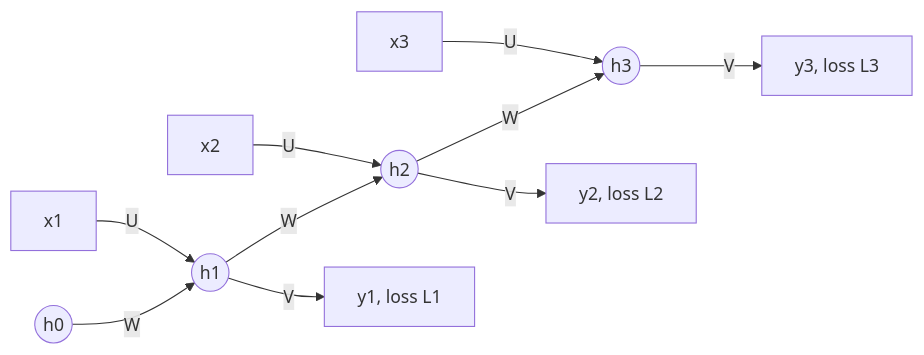
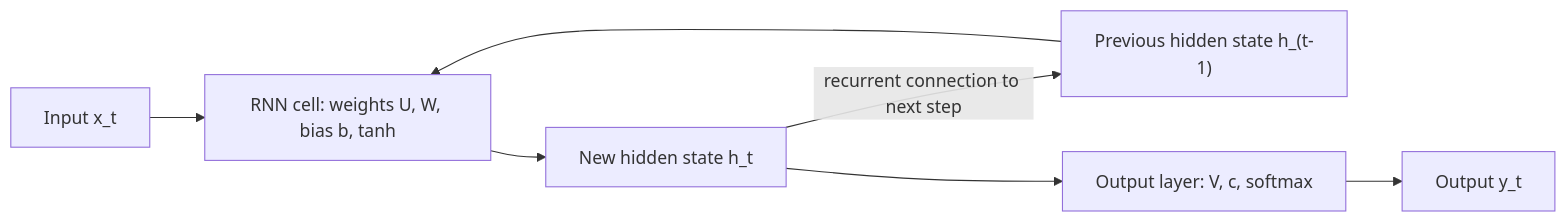
Before and after one commit to TrendySloth1001/sem-seven-notes: the diagram in content/deep-learning/pyq/2024-12/q4a.mdx, drawn with Mermaid. The commit also changed other lines of this file and 186 other files, not shown here.

````diff
--- a/content/deep-learning/pyq/2024-12/q4a.mdx
+++ b/content/deep-learning/pyq/2024-12/q4a.mdx
@@ -31,11 +22,10 @@
 ```mermaid
-%% caption: The components on the unfolded RNN. U brings each input in, W carries the memory forward, V produces each output, and the losses are added.
+%% caption: The components of an RNN in one step. The loop sends the new hidden state back as the memory for the next step.
 flowchart LR
-  H0(("h0")) -- "W" --> H1(("h1")) -- "W" --> H2(("h2")) -- "W" --> H3(("h3"))
-  X1["x1"] -- "U" --> H1
-  X2["x2"] -- "U" --> H2
-  X3["x3"] -- "U" --> H3
-  H1 -- "V" --> Y1["y1, loss L1"]
-  H2 -- "V" --> Y2["y2, loss L2"]
-  H3 -- "V" --> Y3["y3, loss L3"]
+  X["Input x_t"] --> C["RNN cell: weights U, W, bias b, tanh"]
+  H0["Previous hidden state h_(t-1)"] --> C
+  C --> H1["New hidden state h_t"]
+  H1 -->|"recurrent connection to next step"| H0
+  H1 --> O["Output layer: V, c, softmax"]
+  O --> Y["Output y_t"]
 ```
````
